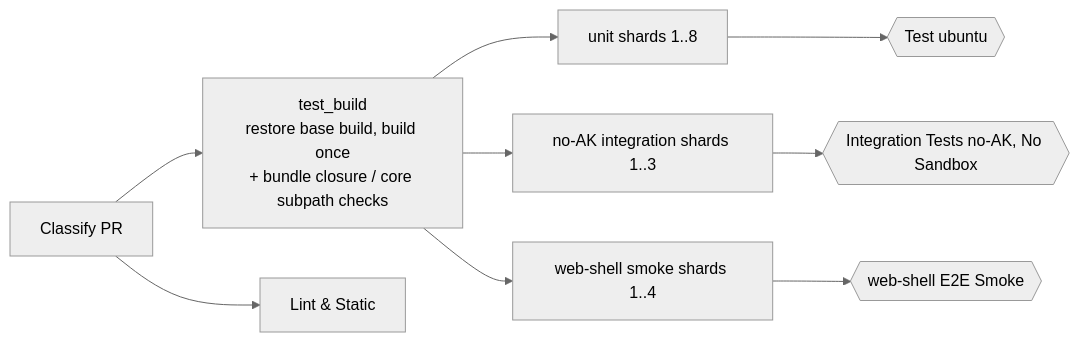
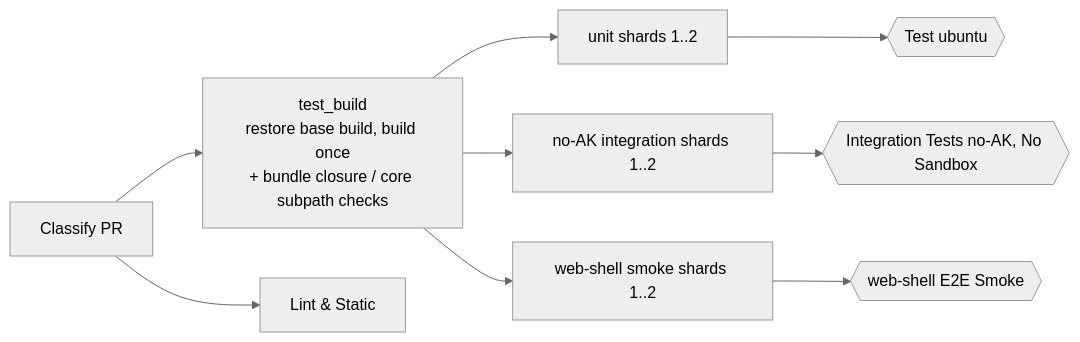
The diagram in docs/design/2026-11-06-ci-pr-critical-path.md (QwenLM/qwen-code), drawn with Mermaid (neutral theme) before and after one commit. The commit also changed other lines of this file and 14 other files, not shown here.

````diff
--- a/docs/design/2026-11-06-ci-pr-critical-path.md
+++ b/docs/design/2026-11-06-ci-pr-critical-path.md
@@ -57,11 +57,11 @@
 ```mermaid
 flowchart LR
     C[Classify PR] --> B[test_build<br/>restore base build, build once<br/>+ bundle closure / core subpath checks]
     C --> L[Lint & Static]
-    B --> U[unit shards 1..8]
-    B --> I[no-AK integration shards 1..3]
-    B --> W[web-shell smoke shards 1..4]
+    B --> U[unit shards 1..2]
+    B --> I[no-AK integration shards 1..2]
+    B --> W[web-shell smoke shards 1..2]
     U --> T{{Test ubuntu}}
     I --> R{{Integration Tests no-AK, No Sandbox}}
     W --> WR{{web-shell E2E Smoke}}
 ```
````
